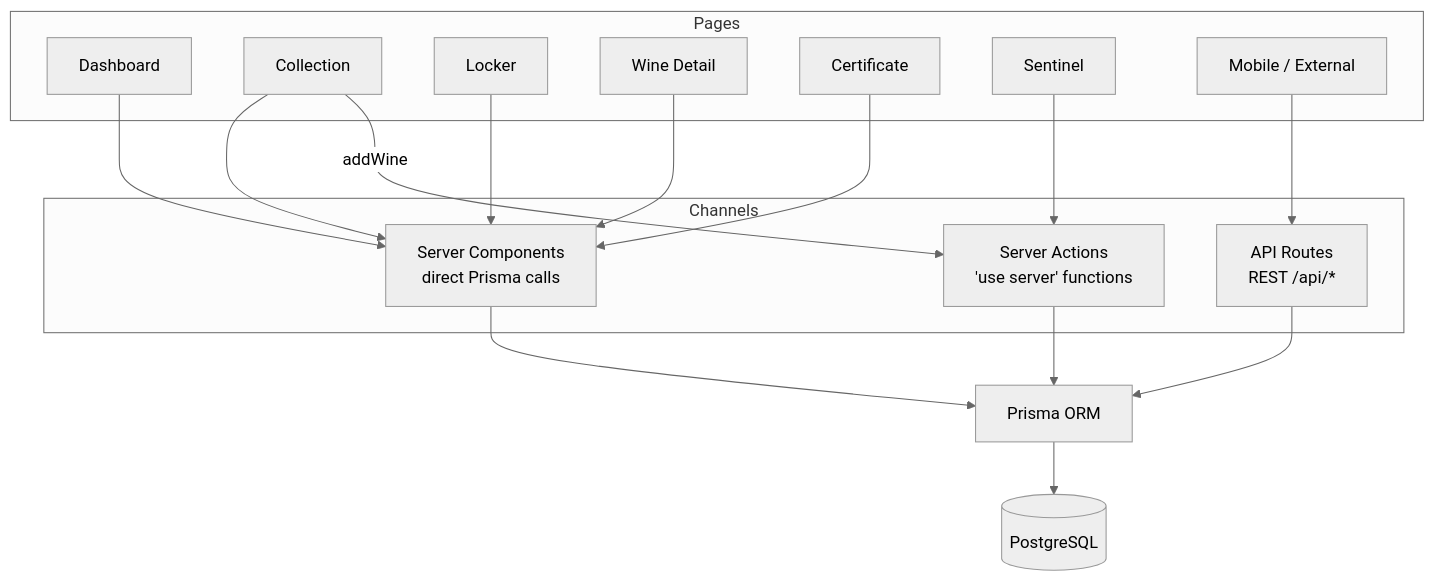
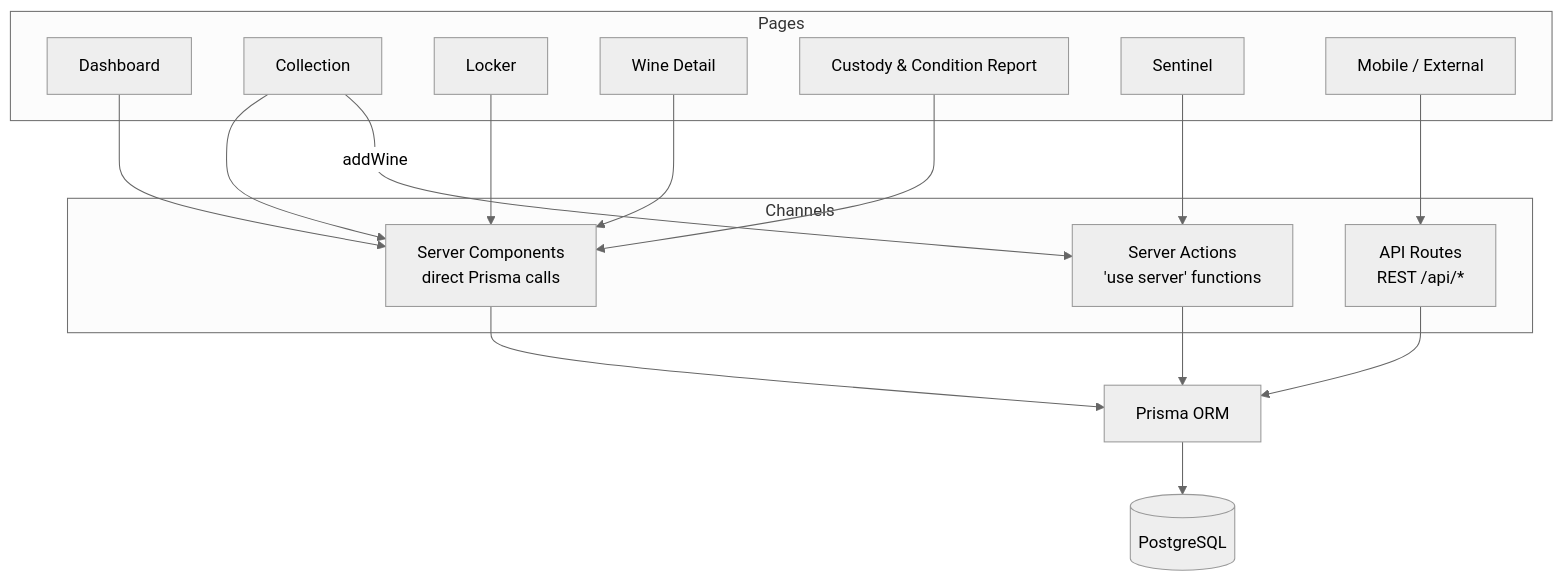
The diagram in docs/API.md (nathanielsohn/caveau-app), drawn with Mermaid (neutral theme) before and after one commit. The commit also changed other lines of this file and 21 other files, not shown here.

First line of the commit message:
fix(ui): rename Caveau Certificate → Custody & Condition Report (CCR)

````diff
--- a/docs/API.md
+++ b/docs/API.md
@@ -34,27 +34,27 @@
 ```mermaid
 flowchart TD
     subgraph Pages
         D[Dashboard]
         C[Collection]
         L[Locker]
         W[Wine Detail]
-        Cert[Certificate]
+        Cert[Custody & Condition Report]
         Sen[Sentinel]
         Mob[Mobile / External]
     end
 
     subgraph Channels
         SC[Server Components\ndirect Prisma calls]
         SA[Server Actions\n'use server' functions]
         API[API Routes\nREST /api/*]
     end
 
     P[Prisma ORM] --> DB[(PostgreSQL)]
 
     D & C & L & W & Cert --> SC
     Sen --> SA
     C -->|addWine| SA
     Mob --> API
 
     SC & SA & API --> P
 ```
````
